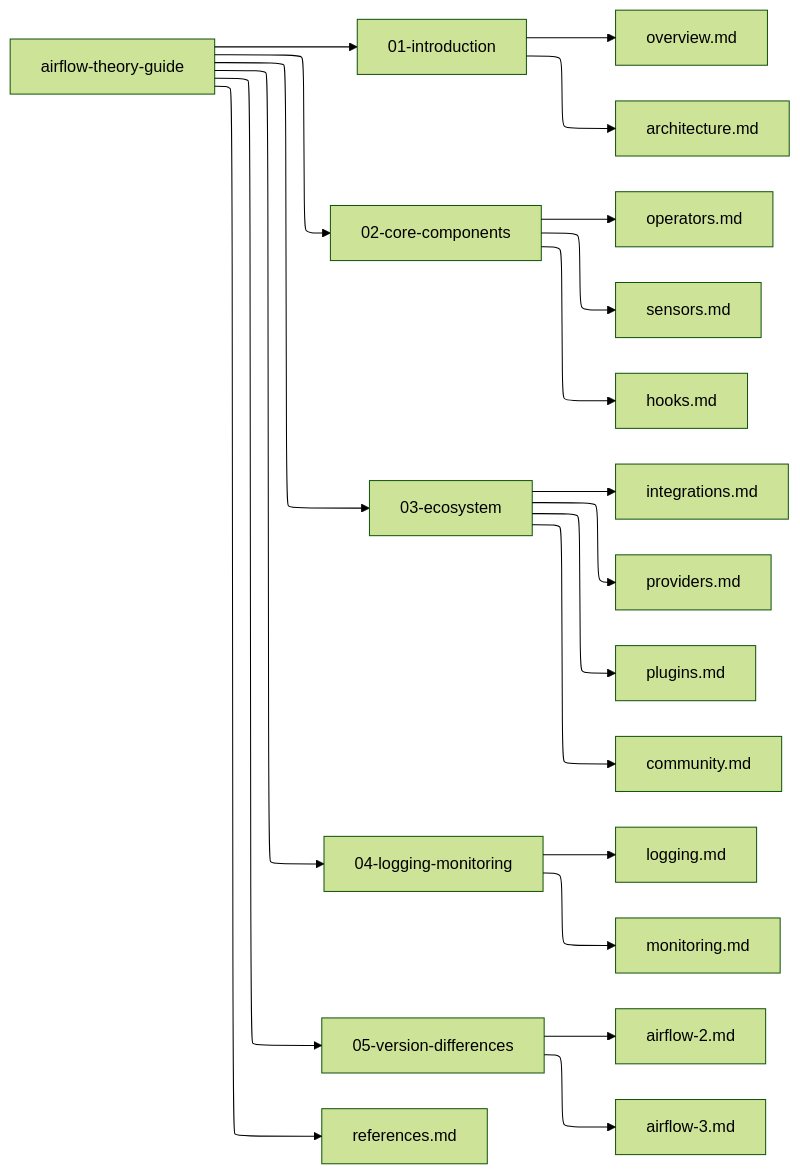
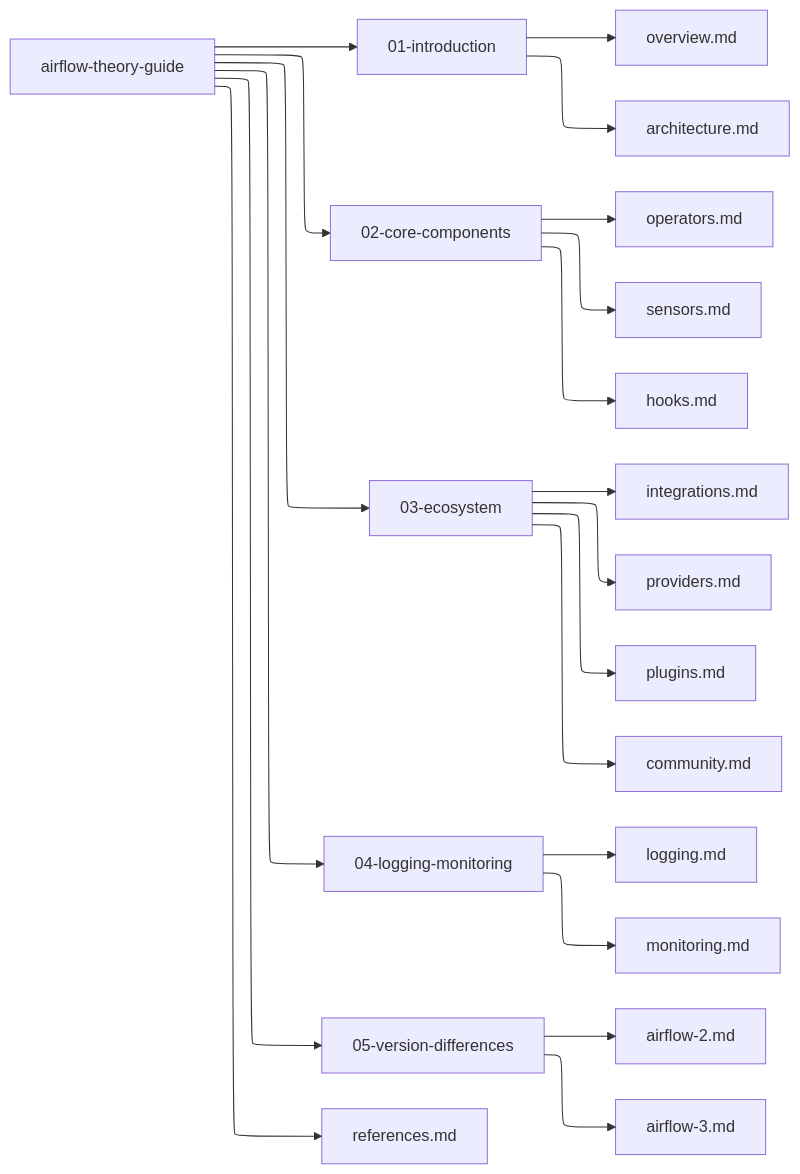
One commit to AminMosallanejad339/Airflow_Theo changed the diagram in README.md. Above: the diagram before and after it, drawn with Mermaid.

````diff
--- a/README.md
+++ b/README.md
@@ -5,15 +5,15 @@
 ```mermaid
 ---
 config:
   layout: elk
-  theme: forest
+  theme: default
 ---
 flowchart LR
     A["airflow-theory-guide"] --> B1["01-introduction"] & B2["02-core-components"] & B3["03-ecosystem"] & B4["04-logging-monitoring"] & B5["05-version-differences"] & B6["references.md"]
     B1 --> B1a["overview.md"] & B1b["architecture.md"]
     B2 --> B2a["operators.md"] & B2b["sensors.md"] & B2c["hooks.md"]
     B3 --> B3a["integrations.md"] & B3b["providers.md"] & B3c["plugins.md"] & B3d["community.md"]
     B4 --> B4a["logging.md"] & B4b["monitoring.md"]
     B5 --> B5a["airflow-2.md"] & B5b["airflow-3.md"]
 
 ```
````
